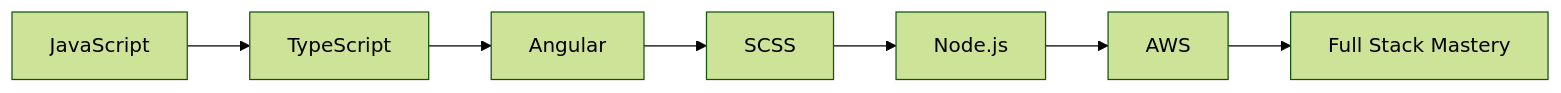
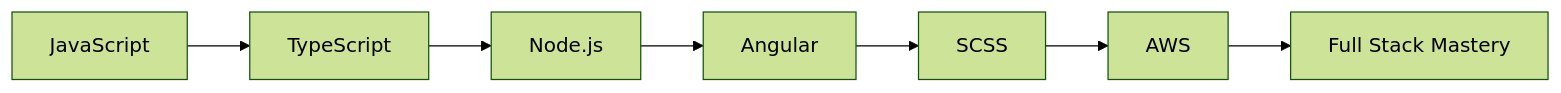
The diagram in README.md (jakobneri/jakobneri), drawn with Mermaid (forest theme) before and after one commit.

Commit message:
Reorder technology flow in README diagram

````diff
--- a/README.md
+++ b/README.md
@@ -57,9 +57,9 @@
 ```mermaid
 graph LR
     A[JavaScript] --> B[TypeScript]
-    B --> C[Angular]
-    C --> D[SCSS]
-    D --> E[Node.js]
+    B --> C[Node.js]
+    C --> D[Angular]
+    D --> E[SCSS]
     E --> F[AWS]
     F --> G[Full Stack Mastery]
 ```
````
